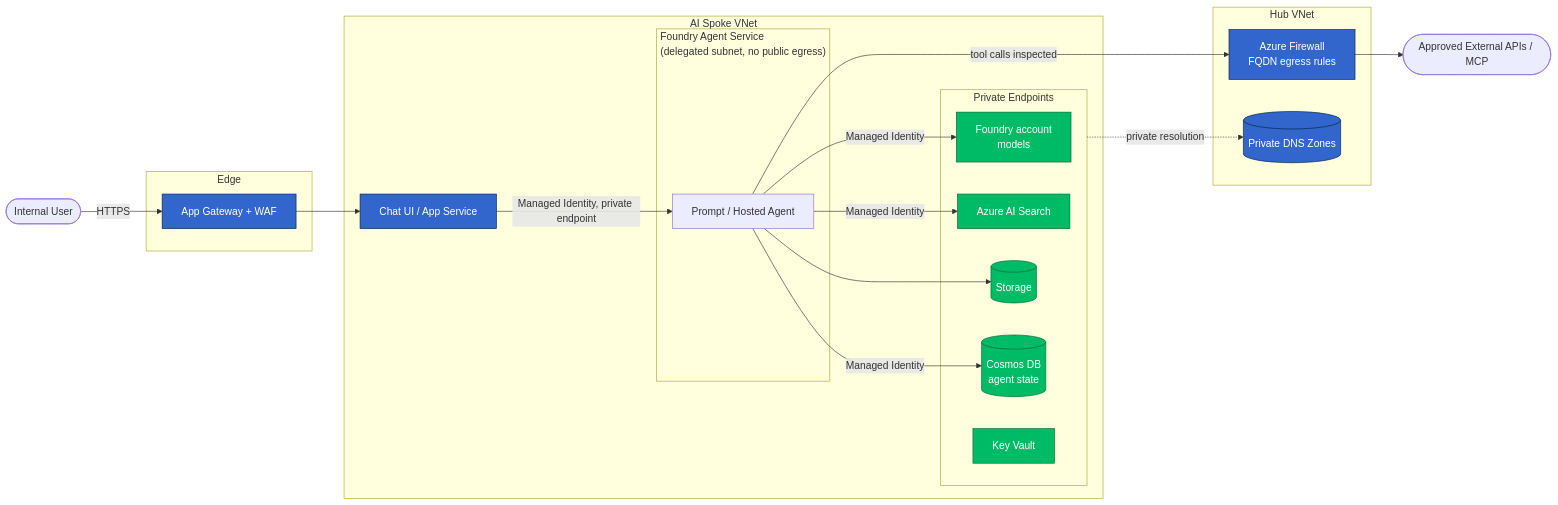
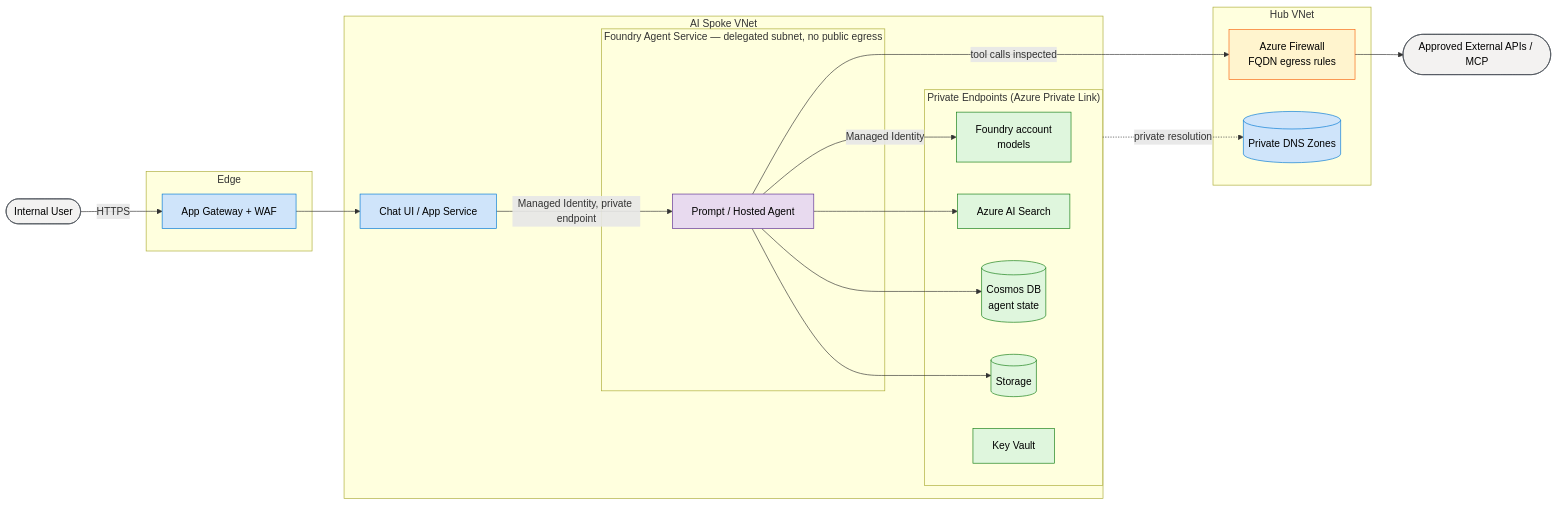
The diagram in drafts/landing-zone-to-secure-ai-part-1.md (glejdis/blog-writter), drawn with Mermaid before and after one commit.

Commit message:
Sync part-1 Mermaid diagram to rebuilt Excalidraw design (Fluent UI palette, PE grouping, hub placement)

````diff
--- a/drafts/landing-zone-to-secure-ai-part-1.md
+++ b/drafts/landing-zone-to-secure-ai-part-1.md
@@ -246,43 +246,51 @@
 ```mermaid
 flowchart LR
     User([Internal User])
 
     subgraph Edge["Edge"]
         AGW[App Gateway + WAF]
     end
 
+    subgraph Spoke["AI Spoke VNet"]
+        App[Chat UI / App Service]
+        subgraph Agent["Foundry Agent Service — delegated subnet, no public egress"]
+            AG[Prompt / Hosted Agent]
+        end
+        subgraph PE["Private Endpoints (Azure Private Link)"]
+            AOAI[Foundry account<br/>models]
+            Search[Azure AI Search]
+            Cosmos[(Cosmos DB<br/>agent state)]
+            Storage[(Storage)]
+            KV[Key Vault]
+        end
+    end
+
     subgraph Hub["Hub VNet"]
         FW[Azure Firewall<br/>FQDN egress rules]
         DNS[(Private DNS Zones)]
-    end
-
-    subgraph Spoke["AI Spoke VNet"]
-        App[Chat UI / App Service]
-        subgraph Agent["Foundry Agent Service<br/>(delegated subnet, no public egress)"]
-            AG[Prompt / Hosted Agent]
-        end
-        subgraph PE["Private Endpoints"]
-            AOAI[Foundry account<br/>models]
-            Search[Azure AI Search]
-            Storage[(Storage)]
-            Cosmos[(Cosmos DB<br/>agent state)]
-            KV[Key Vault]
-        end
     end
 
     Internet([Approved External APIs / MCP])
 
     User -->|HTTPS| AGW --> App
     App -->|Managed Identity, private endpoint| AG
     AG -->|Managed Identity| AOAI
-    AG -->|Managed Identity| Search
-    AG -->|Managed Identity| Cosmos
+    AG --> Search
+    AG --> Cosmos
     AG --> Storage
     AG -->|tool calls inspected| FW --> Internet
     PE -. private resolution .-> DNS
 
-    classDef secure fill:#0b6,stroke:#063,color:#fff;
-    classDef net fill:#36c,stroke:#024,color:#fff;
-    class AOAI,Search,Storage,Cosmos,KV secure;
-    class FW,DNS,App,AGW net;
+    %% Fluent UI palette — matches the editable Excalidraw companion
+    classDef net fill:#CFE4FA,stroke:#0078D4,color:#000;
+    classDef agent fill:#E8DAEF,stroke:#5C2D91,color:#000;
+    classDef data fill:#DFF6DD,stroke:#107C10,color:#000;
+    classDef fw fill:#FFF4CE,stroke:#F7630C,color:#000;
+    classDef ext fill:#F3F2F1,stroke:#495057,color:#000;
+
+    class AGW,App,DNS net;
+    class AG agent;
+    class AOAI,Search,Cosmos,Storage,KV data;
+    class FW fw;
+    class User,Internet ext;
 ```
````
